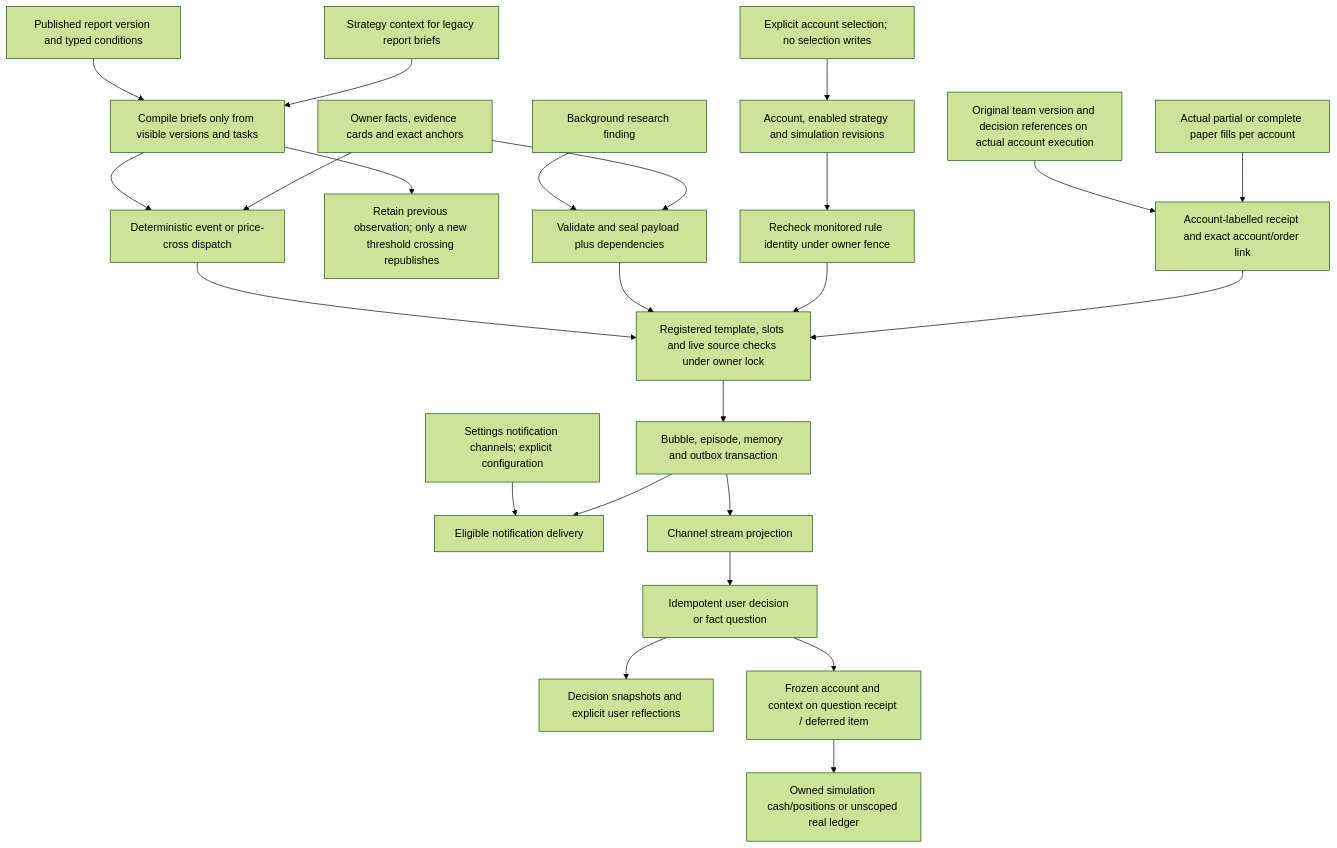
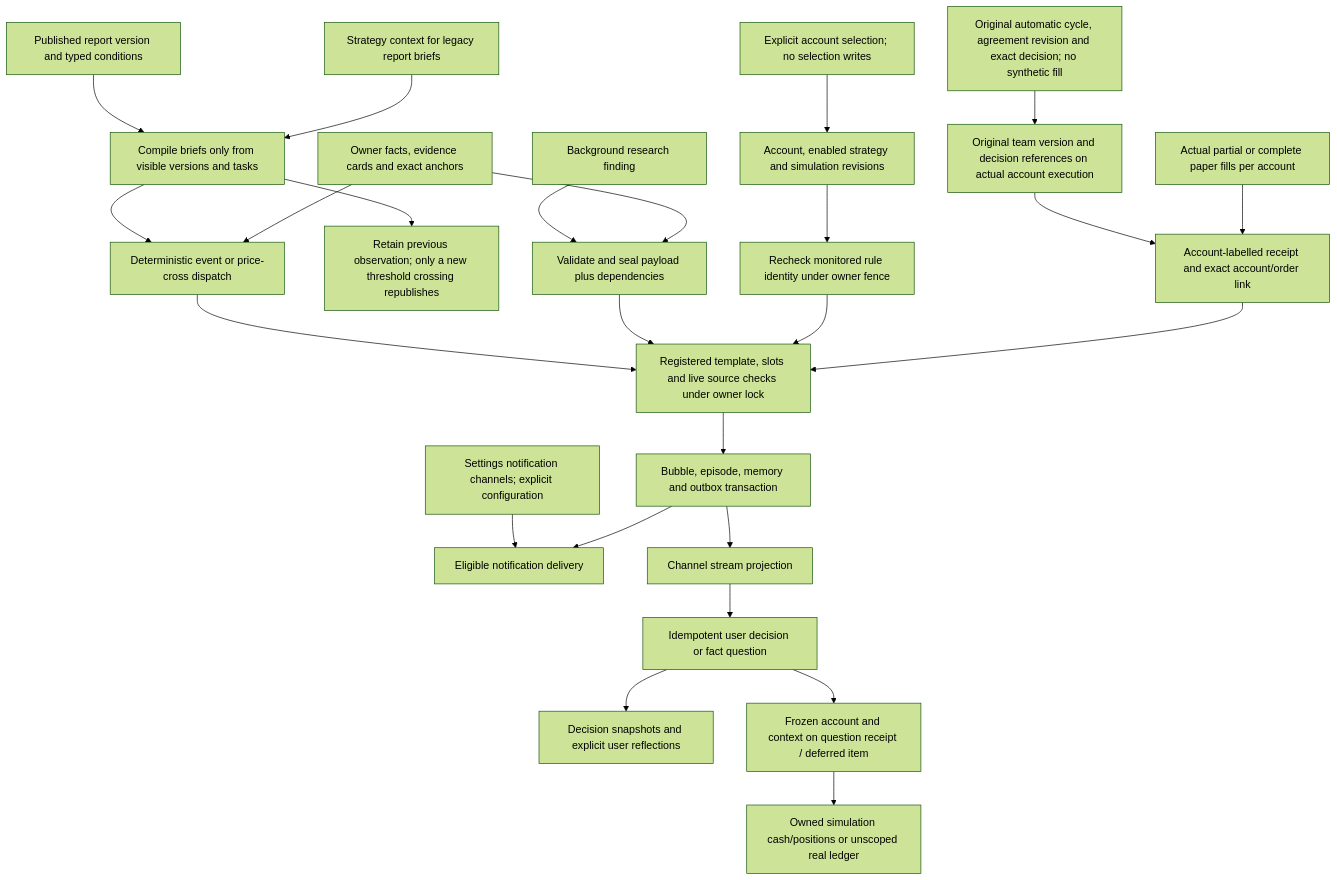
The fourth of 5 diagrams in docs/architecture.md (Lueyu/squabble), drawn with Mermaid (forest theme) before and after one commit. The commit also changed other lines of this file and 174 other files, not shown here.

````diff
--- a/docs/architecture.md
+++ b/docs/architecture.md
@@ -339,26 +360,27 @@
 ```mermaid
 flowchart TD
+    runCycle["Original automatic cycle, agreement revision and exact decision; no synthetic fill"] --> teamAttribution
     teamAttribution["Original team version and decision references on actual account execution"] --> receipt
     report["Published report version and typed conditions"] --> brief["Compile briefs only from visible versions and tasks"]
     strategyChange["Strategy context for legacy report briefs"] --> brief
     select["Explicit account selection; no selection writes"] --> runtime
     brief --> crossings["Retain previous observation; only a new threshold crossing republishes"]
     brief --> event["Deterministic event or price-cross dispatch"]
     change["Background research finding"] --> seal["Validate and seal payload plus dependencies"]
     facts["Owner facts, evidence cards and exact anchors"] --> event
     facts --> seal
     event --> gate["Registered template, slots and live source checks under owner lock"]
     seal --> gate
     runtime["Account, enabled strategy and simulation revisions"] --> authority["Recheck monitored rule identity under owner fence"]
     authority --> gate
     fills["Actual partial or complete paper fills per account"] --> receipt["Account-labelled receipt and exact account/order link"]
     notificationSettings["Settings notification channels; explicit configuration"] --> notification
     receipt --> gate
     gate --> transaction["Bubble, episode, memory and outbox transaction"]
     transaction --> stream["Channel stream projection"]
     transaction --> notification["Eligible notification delivery"]
     stream --> action["Idempotent user decision or fact question"]
     action --> history["Decision snapshots and explicit user reflections"]
     action --> question["Frozen account and context on question receipt / deferred item"]
     question --> ledgerRead["Owned simulation cash/positions or unscoped real ledger"]
 ```
````
